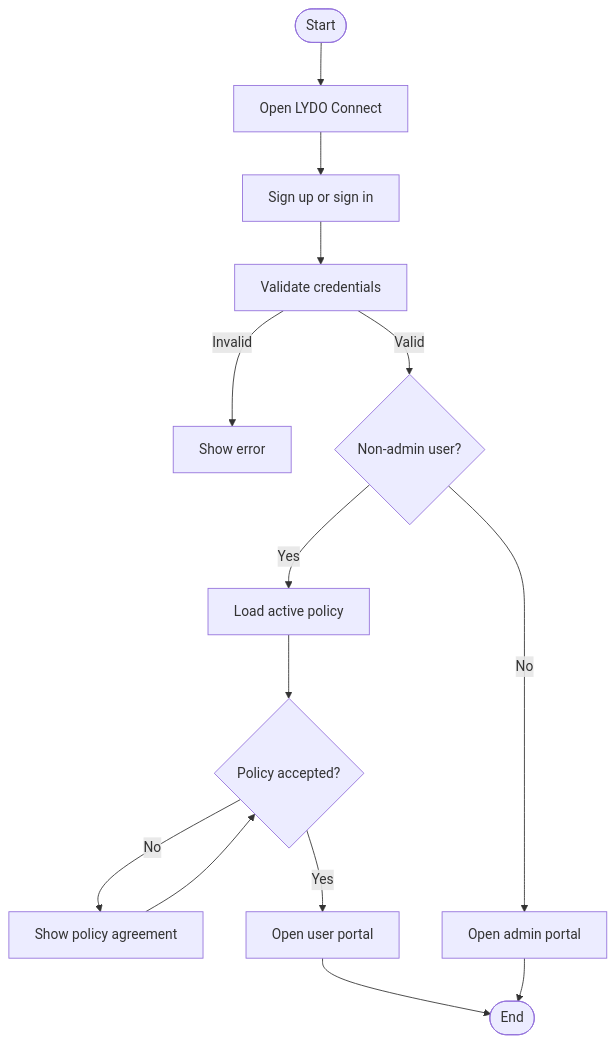
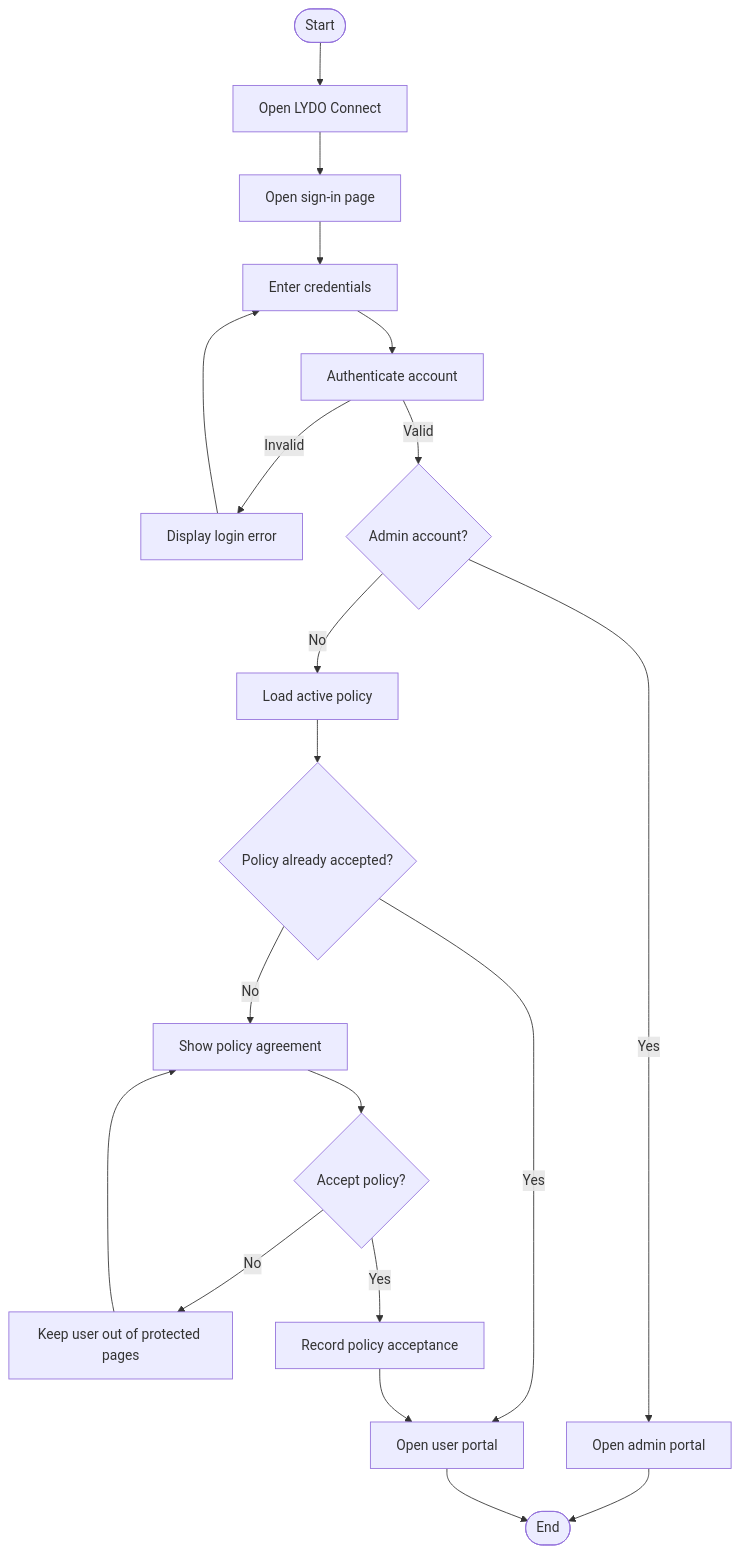
One commit to txiaoqt/lydo-connect-org-focused changed the first of 3 diagrams in Methodology/3.2.1-Activity-Diagram.md. Above: the diagram before and after it, drawn with Mermaid. The commit also changed other lines of this file and 4 other files, not shown here.

````diff
--- a/Methodology/3.2.1-Activity-Diagram.md
+++ b/Methodology/3.2.1-Activity-Diagram.md
@@ -7,16 +7,22 @@
 ```mermaid
 flowchart TD
     A([Start]) --> B["Open LYDO Connect"]
-    B --> C["Sign up or sign in"]
-    C --> D["Validate credentials"]
-    D -- Invalid --> E["Show error"]
-    D -- Valid --> F{"Non-admin user?"}
-    F -- Yes --> G["Load active policy"]
-    G --> H{"Policy accepted?"}
-    H -- No --> I["Show policy agreement"]
-    I --> H
-    H -- Yes --> J["Open user portal"]
-    F -- No --> K["Open admin portal"]
-    J --> L([End])
-    K --> L
+    B --> C["Open sign-in page"]
+    C --> D["Enter credentials"]
+    D --> E["Authenticate account"]
+    E -- Invalid --> F["Display login error"]
+    F --> D
+    E -- Valid --> G{"Admin account?"}
+    G -- Yes --> H["Open admin portal"]
+    G -- No --> I["Load active policy"]
+    I --> J{"Policy already accepted?"}
+    J -- No --> K["Show policy agreement"]
+    K --> L{"Accept policy?"}
+    L -- No --> M["Keep user out of protected pages"]
+    M --> K
+    L -- Yes --> N["Record policy acceptance"]
+    J -- Yes --> O["Open user portal"]
+    N --> O
+    H --> P([End])
+    O --> P
 ```
````
